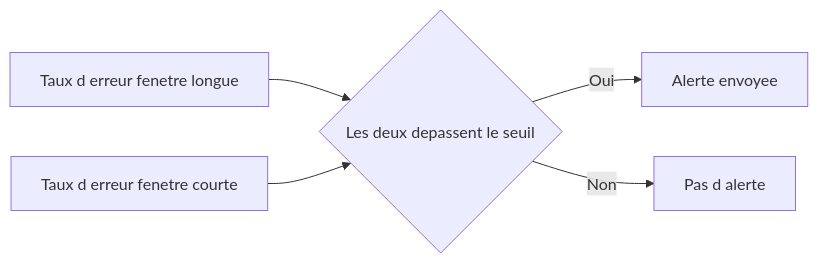
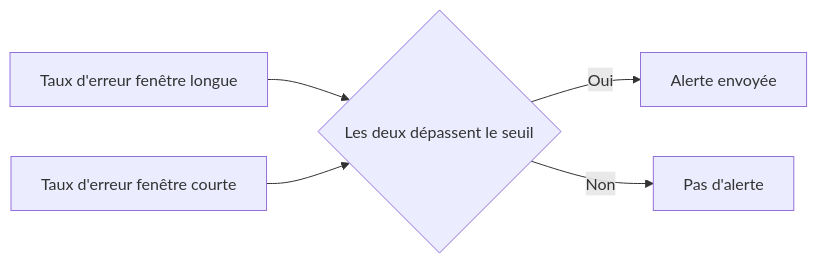
One commit to Gooseppr/GevOps_LC changed the diagram in courses/grafana/31_slo_sli_error_budgets.md. Above: the diagram before and after it, drawn with Mermaid. The commit also changed 56 other files, not shown here.

````diff
--- a/courses/grafana/31_slo_sli_error_budgets.md
+++ b/courses/grafana/31_slo_sli_error_budgets.md
@@ -213,7 +213,7 @@
 ```mermaid
 flowchart LR
-    A[Taux d erreur fenetre longue] --> C{Les deux depassent le seuil}
-    B[Taux d erreur fenetre courte] --> C
-    C -->|Oui| D[Alerte envoyee]
-    C -->|Non| E[Pas d alerte]
+    A[Taux d'erreur fenêtre longue] --> C{Les deux dépassent le seuil}
+    B[Taux d'erreur fenêtre courte] --> C
+    C -->|Oui| D[Alerte envoyée]
+    C -->|Non| E[Pas d'alerte]
 ```
````
